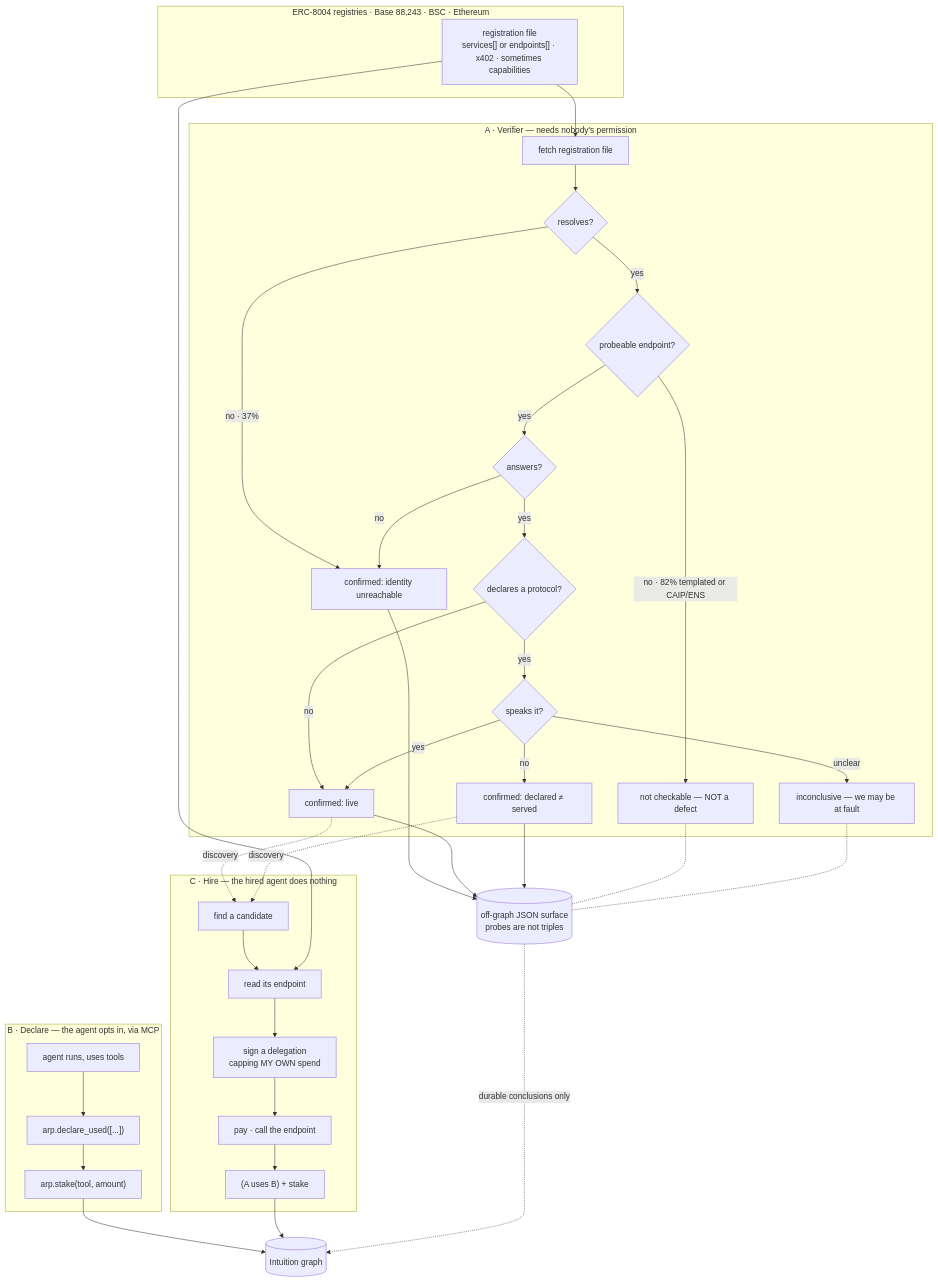
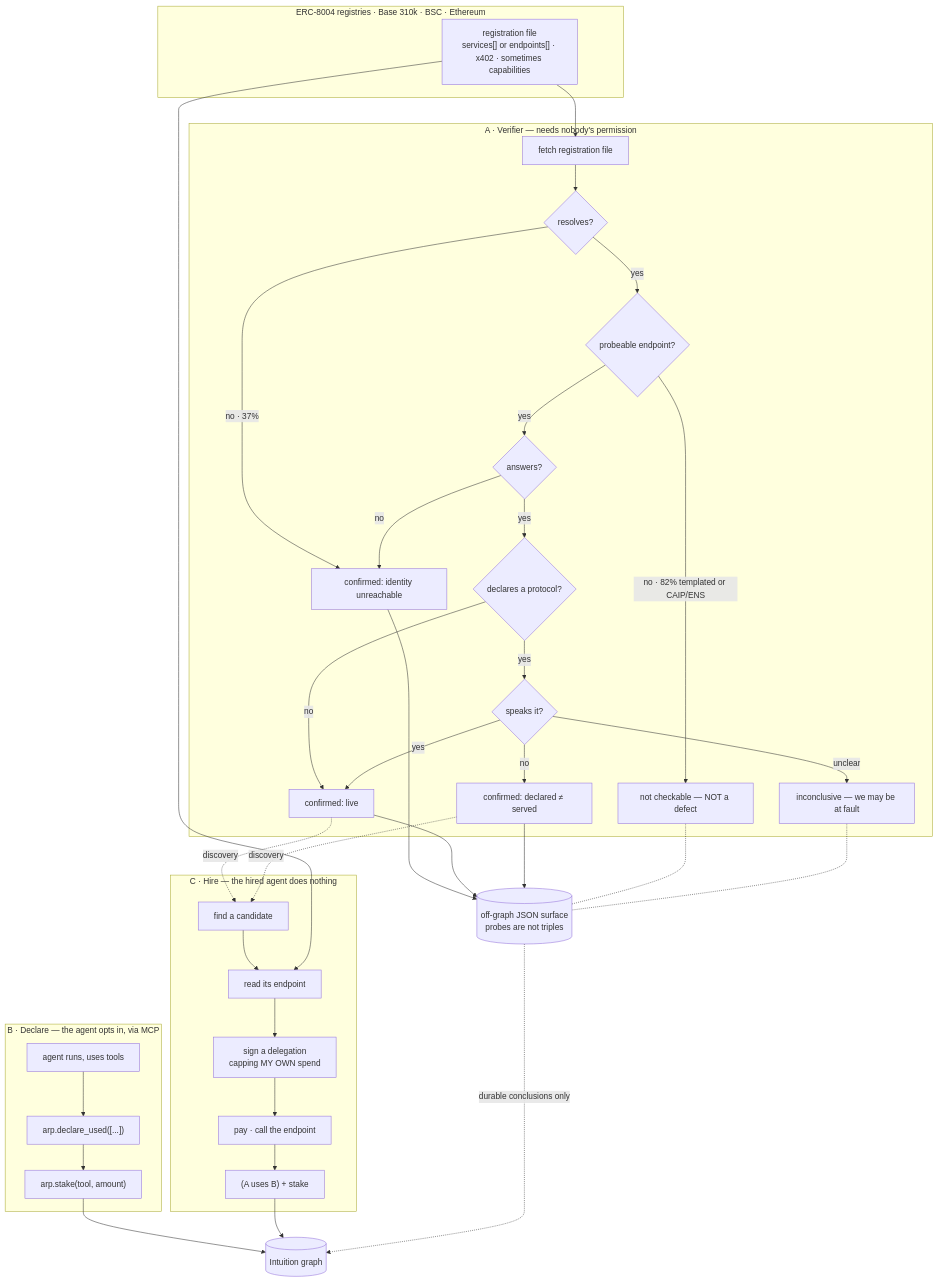
One commit to Wieedze/ARP changed the diagram in docs/13_THE_THREE_FLOWS.md. Above: the diagram before and after it, drawn with Mermaid. The commit also changed other lines of this file and 14 other files, not shown here.

````diff
--- a/docs/13_THE_THREE_FLOWS.md
+++ b/docs/13_THE_THREE_FLOWS.md
@@ -10,47 +10,47 @@
 ```mermaid
 flowchart TB
-    subgraph REG["ERC-8004 registries · Base 88,243 · BSC · Ethereum"]
+    subgraph REG["ERC-8004 registries · Base 310k · BSC · Ethereum"]
         RF["registration file<br/>services[] or endpoints[] · x402 · sometimes capabilities"]
     end
 
     subgraph A["A · Verifier — needs nobody's permission"]
         A1["fetch registration file"] --> A0{"resolves?"}
         A0 -->|"no · 37%"| A4["confirmed: identity unreachable"]
         A0 -->|yes| A2{"probeable endpoint?"}
         A2 -->|"no · 82% templated or CAIP/ENS"| A8["not checkable — NOT a defect"]
         A2 -->|yes| A3{"answers?"}
         A3 -->|no| A4
         A3 -->|yes| A5{"declares a protocol?"}
         A5 -->|no| A7["confirmed: live"]
         A5 -->|yes| A6{"speaks it?"}
         A6 -->|no| A9["confirmed: declared ≠ served"]
         A6 -->|unclear| A10["inconclusive — we may be at fault"]
         A6 -->|yes| A7
     end
 
     subgraph B["B · Declare — the agent opts in, via MCP"]
         B1["agent runs, uses tools"] --> B2["arp.declare_used([...])"]
         B2 --> B3["arp.stake(tool, amount)"]
     end
 
     subgraph C["C · Hire — the hired agent does nothing"]
         C1["find a candidate"] --> C2["read its endpoint"]
         C2 --> C3["sign a delegation<br/>capping MY OWN spend"]
         C3 --> C4["pay · call the endpoint"]
         C4 --> C5["(A uses B) + stake"]
     end
 
     RF --> A1
     RF --> C2
     A7 -.discovery.-> C1
     A9 -.discovery.-> C1
 
     A4 --> R[("off-graph JSON surface<br/>probes are not triples")]
     A7 --> R
     A9 --> R
     A8 -.- R
     A10 -.- R
     B3 --> G[("Intuition graph")]
     C5 --> G
     R -.durable conclusions only.-> G
 ```
````
